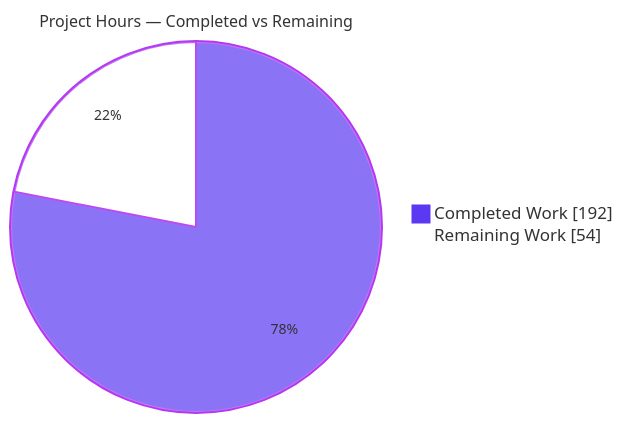
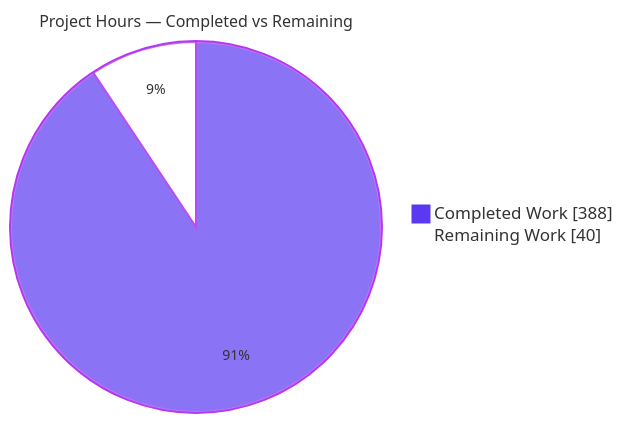
Before and after one commit to Blitzy-Sandbox/blitzy-ArkCase: the second of 3 diagrams in blitzy/documentation/Project Guide.md, drawn with Mermaid. The commit also changed other lines of this file, not shown here.

Commit message:
Adding Blitzy Project Guide: Project Status and Human Tasks Remaining

````diff
--- a/blitzy/documentation/Project Guide.md
+++ b/blitzy/documentation/Project Guide.md
@@ -217,7 +269,7 @@
 ```mermaid
 %%{init: {'theme':'base', 'themeVariables': {'pie1':'#5B39F3','pie2':'#FFFFFF','pieStrokeColor':'#B23AF2','pieStrokeWidth':'2px','pieOuterStrokeColor':'#B23AF2','pieTitleTextSize':'16px','pieSectionTextSize':'14px'}}}%%
 pie showData
     title Project Hours — Completed vs Remaining
-    "Completed Work" : 192
-    "Remaining Work" : 54
+    "Completed Work" : 388
+    "Remaining Work" : 40
 ```
````
